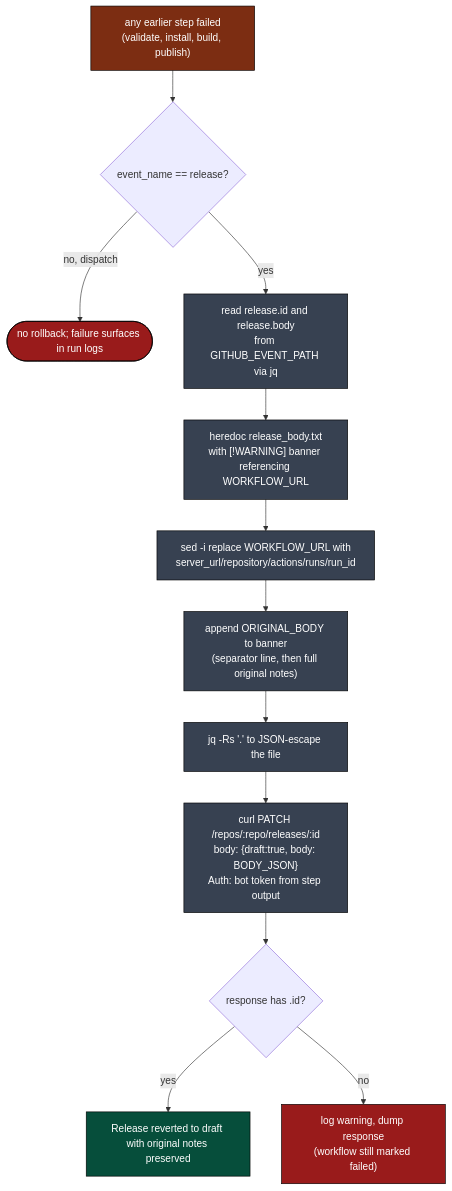
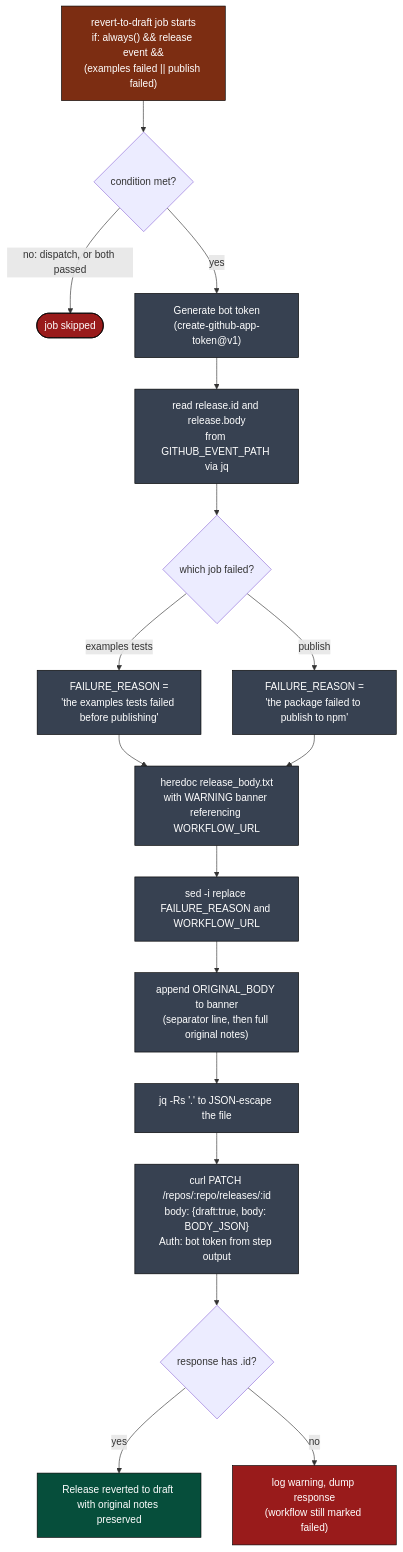
The eighth of 12 diagrams in .github/docs/PUBLISH_RELEASE_DEEP_DIVE.md (gregreindel/llm-exe), drawn with Mermaid before and after one commit. The commit also changed other lines of this file and 2 other files, not shown here.

First line of the commit message:
docs: sync PUBLISH_RELEASE_DEEP_DIVE after publish-release.yml restructure

````diff
--- a/.github/docs/PUBLISH_RELEASE_DEEP_DIVE.md
+++ b/.github/docs/PUBLISH_RELEASE_DEEP_DIVE.md
@@ -328,21 +377,28 @@
 ```mermaid
 flowchart TB
     classDef trig fill:#7c2d12,color:#fff,stroke:#000
     classDef step fill:#374151,color:#fff,stroke:#000
     classDef out fill:#064e3b,color:#fff,stroke:#000
     classDef fail fill:#991b1b,color:#fff,stroke:#000
 
-    A["any earlier step failed\n(validate, install, build, publish)"]:::trig
-    A --> B{event_name == release?}
-    B -->|no, dispatch| skip([no rollback; failure surfaces in run logs]):::fail
-    B -->|yes| C["read release.id and release.body\nfrom GITHUB_EVENT_PATH via jq"]:::step
+    A["revert-to-draft job starts\nif: always() && release event &&\n(examples failed || publish failed)"]:::trig
+    A --> B{condition met?}
+    B -->|no: dispatch, or both passed| skip([job skipped]):::fail
+    B -->|yes| T["Generate bot token\n(create-github-app-token@v1)"]:::step
+    T --> C["read release.id and release.body\nfrom GITHUB_EVENT_PATH via jq"]:::step
 
-    C --> D["heredoc release_body.txt\nwith [!WARNING] banner referencing WORKFLOW_URL"]:::step
-    D --> E["sed -i replace WORKFLOW_URL with\nserver_url/repository/actions/runs/run_id"]:::step
+    C --> D0{which job failed?}
+    D0 -->|examples tests| D0a["FAILURE_REASON =\n'the examples tests failed before publishing'"]:::step
+    D0 -->|publish| D0b["FAILURE_REASON =\n'the package failed to publish to npm'"]:::step
+    D0a --> D
+    D0b --> D
+
+    D["heredoc release_body.txt\nwith WARNING banner referencing WORKFLOW_URL"]:::step
+    D --> E["sed -i replace FAILURE_REASON and WORKFLOW_URL"]:::step
     E --> F["append ORIGINAL_BODY to banner\n(separator line, then full original notes)"]:::step
     F --> G["jq -Rs '.' to JSON-escape the file"]:::step
     G --> H["curl PATCH /repos/:repo/releases/:id\nbody: {draft:true, body: BODY_JSON}\nAuth: bot token from step output"]:::step
     H --> I{response has .id?}
     I -->|yes| OK["Release reverted to draft with original notes preserved"]:::out
     I -->|no| WARN["log warning, dump response\n(workflow still marked failed)"]:::fail
 ```
````
